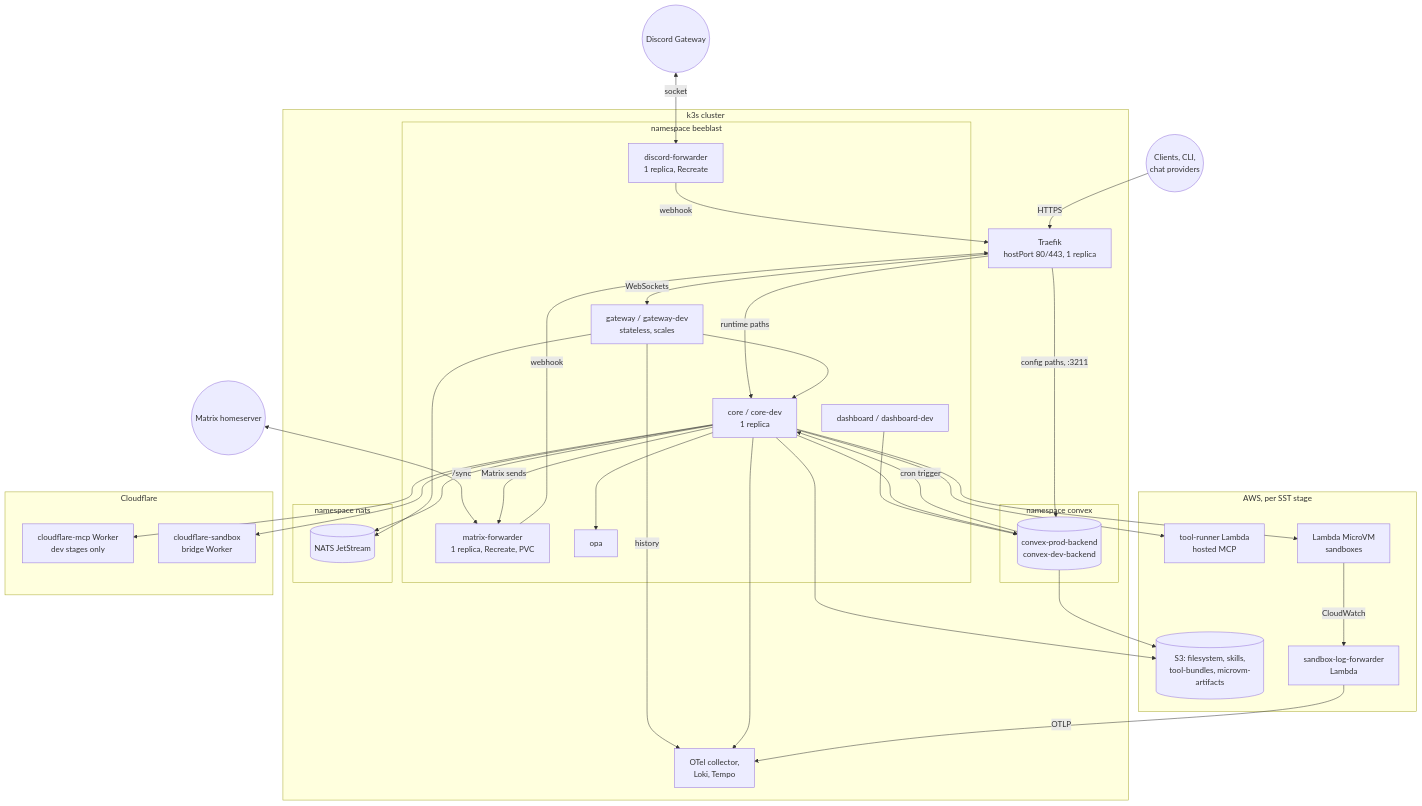
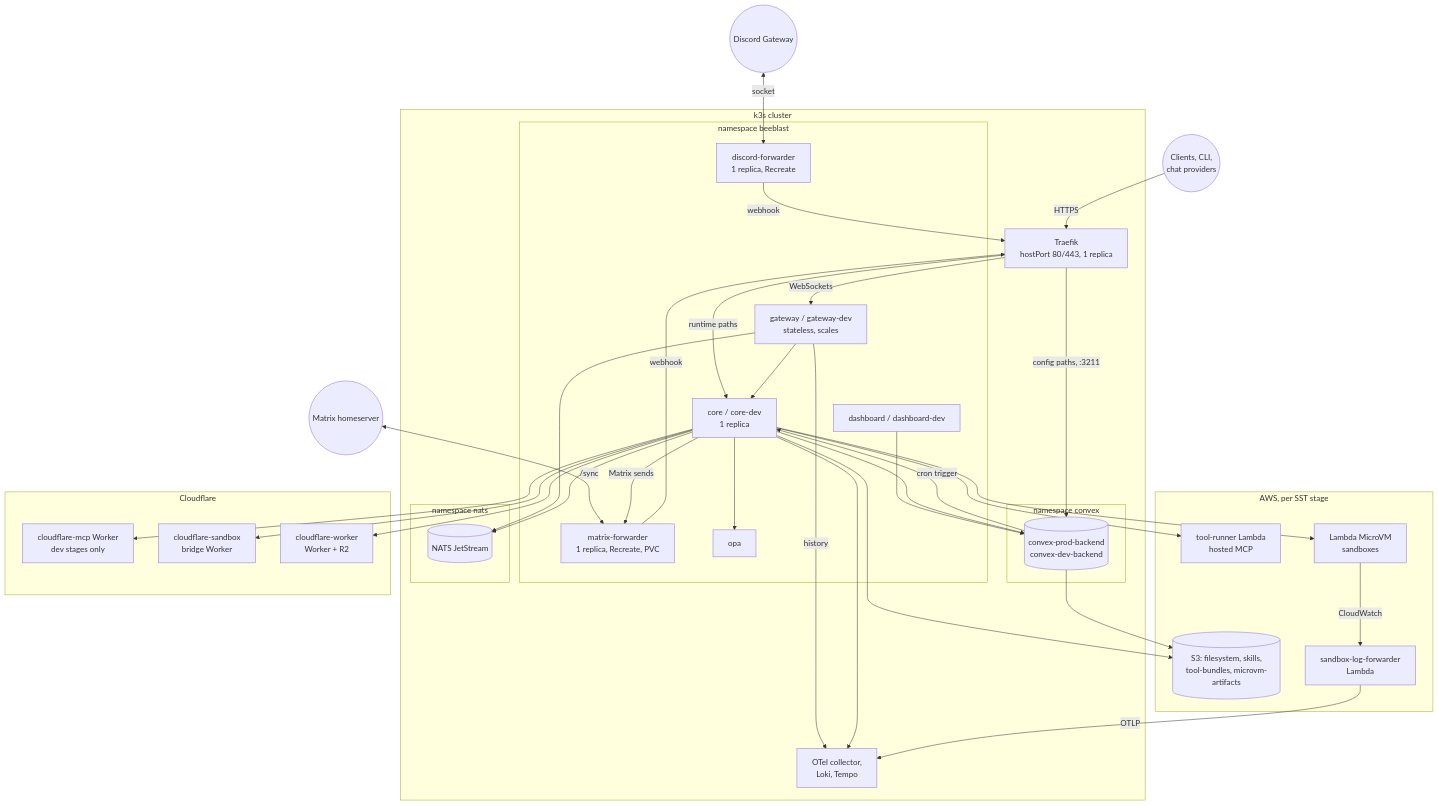
The first of 8 diagrams in apps/docs/docs/internals/operations.md (beeblastco/broods), drawn with Mermaid before and after one commit. The commit also changed other lines of this file and 21 other files, not shown here.

First line of the commit message:
feat(dashboard,docs): offer the Fast Cloudflare V8 Worker provider on every surface (#1157)

````diff
--- a/apps/docs/docs/internals/operations.md
+++ b/apps/docs/docs/internals/operations.md
@@ -9,64 +9,66 @@
 ```mermaid
 flowchart TB
   Users(("Clients, CLI,<br/>chat providers"))
   DiscordGW((Discord Gateway))
   Homeserver((Matrix homeserver))
 
   subgraph k3s["k3s cluster"]
     Traefik["Traefik<br/>hostPort 80/443, 1 replica"]
     subgraph beeblast["namespace beeblast"]
       Gateway["gateway / gateway-dev<br/>stateless, scales"]
       Core["core / core-dev<br/>1 replica"]
       Dashboard["dashboard / dashboard-dev"]
       DFwd["discord-forwarder<br/>1 replica, Recreate"]
       MFwd["matrix-forwarder<br/>1 replica, Recreate, PVC"]
       OPA["opa"]
     end
     subgraph convexns["namespace convex"]
       Convex[("convex-prod-backend<br/>convex-dev-backend")]
     end
     subgraph natsns["namespace nats"]
       NATS[("NATS JetStream")]
     end
     Obs["OTel collector,<br/>Loki, Tempo"]
   end
 
   subgraph AWS["AWS, per SST stage"]
     S3[("S3: filesystem, skills,<br/>tool-bundles, microvm-artifacts")]
     ToolRunner["tool-runner Lambda<br/>hosted MCP"]
     MicroVM["Lambda MicroVM<br/>sandboxes"]
     LogFwd["sandbox-log-forwarder<br/>Lambda"]
   end
 
   subgraph CF["Cloudflare"]
     McpWorker["cloudflare-mcp Worker<br/>dev stages only"]
     SbxWorker["cloudflare-sandbox<br/>bridge Worker"]
+    IsoWorker["cloudflare-worker<br/>Worker + R2"]
   end
 
   Users -->|HTTPS| Traefik
   Traefik -->|runtime paths| Core
   Traefik -->|"config paths, :3211"| Convex
   Traefik -->|WebSockets| Gateway
   Gateway --> Core
   Gateway --> NATS
   Gateway -->|history| Obs
   Dashboard --> Convex
   Core --> Convex
   Core --> NATS
   Core --> OPA
   Core --> Obs
   Convex -->|cron trigger| Core
   Core --> S3
   Core --> ToolRunner
   Core --> MicroVM
   Core --> McpWorker
   Core --> SbxWorker
+  Core --> IsoWorker
   Convex --> S3
   MicroVM -->|CloudWatch| LogFwd
   LogFwd -->|OTLP| Obs
   DiscordGW <-->|socket| DFwd
   Homeserver <-->|"/sync"| MFwd
   DFwd -->|webhook| Traefik
   MFwd -->|webhook| Traefik
   Core -->|Matrix sends| MFwd
 ```
````
